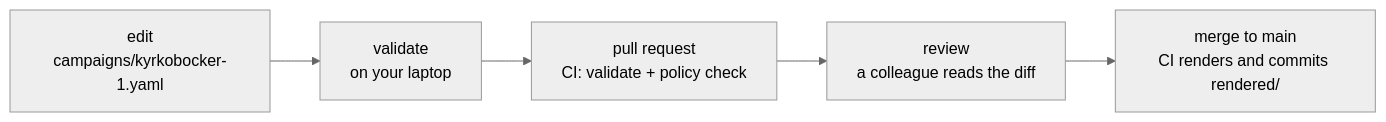
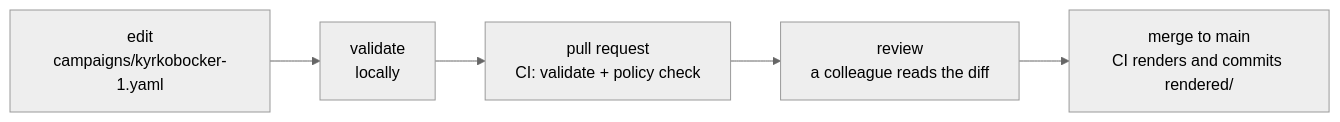
Before and after one commit to AI-Riksarkivet/htrflow-batch: the diagram in docs/slides/assets/part-2-your-interface-is-git-1.mmd, drawn with Mermaid (neutral theme). The commit also changed 7 other files, not shown here.

First line of the commit message:
docs(slides): priority, validate locally, and the comparison slide

```diff
--- a/docs/slides/assets/part-2-your-interface-is-git-1.mmd
+++ b/docs/slides/assets/part-2-your-interface-is-git-1.mmd
@@ -1,7 +1,7 @@
 flowchart LR
   E["edit<br/>campaigns/kyrkobocker-1.yaml"]
-  V["validate<br/>on your laptop"]
+  V["validate<br/>locally"]
   PR["pull request<br/>CI: validate + policy check"]
   RV["review<br/>a colleague reads the diff"]
   M["merge to main<br/>CI renders and commits rendered/"]
   E --> V --> PR --> RV --> M
```
